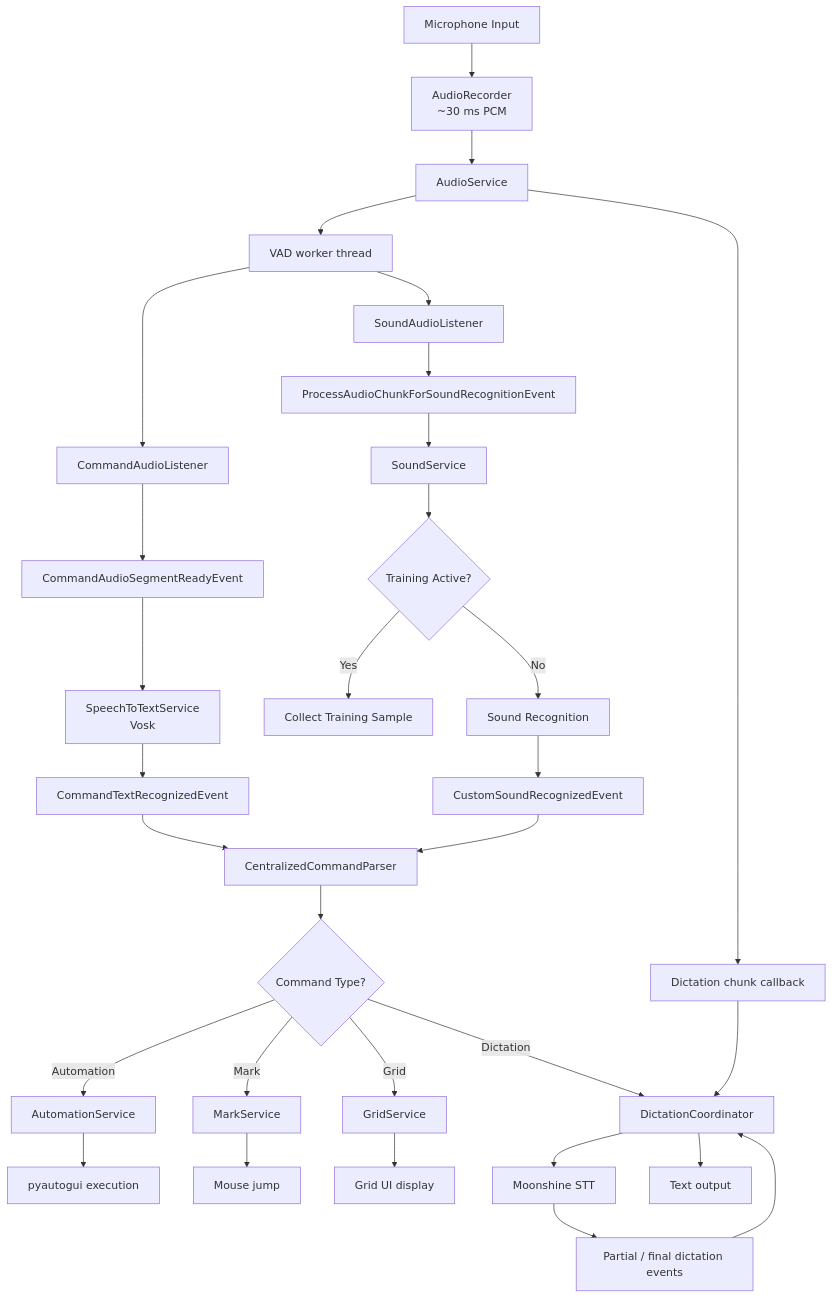
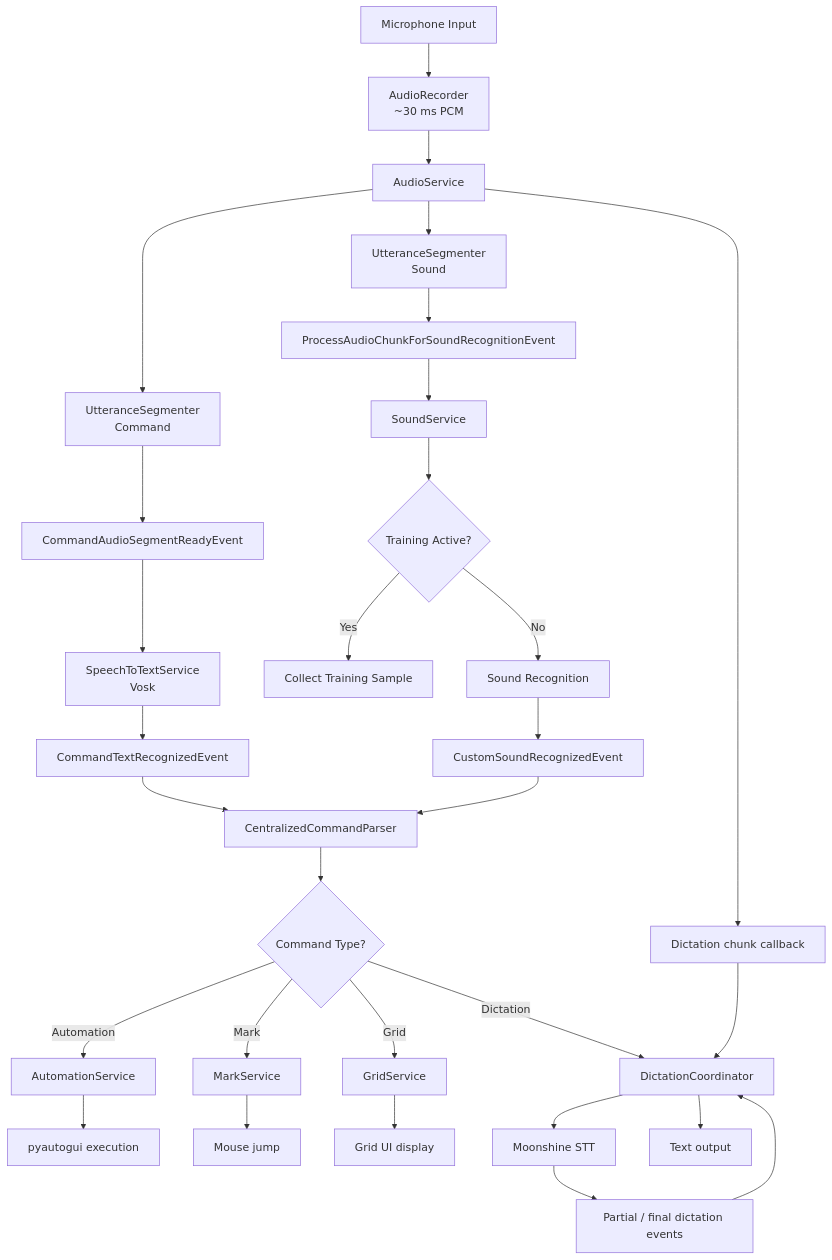
Before and after one commit to rick12000/vocalance: the first of 2 diagrams in docs/developer/introduction.rst, drawn with Mermaid. The commit also changed other lines of this file and 7 other files, not shown here.

```diff
--- a/docs/developer/introduction.rst
+++ b/docs/developer/introduction.rst
@@ -15,33 +15,32 @@
 .. mermaid::
 
    flowchart TD
        A[Microphone Input] --> B[AudioRecorder<br/>~30 ms PCM]
        B --> C[AudioService]
-       C --> D[VAD worker thread]
-       D --> E[CommandAudioListener]
-       D --> F[SoundAudioListener]
-       E --> G[CommandAudioSegmentReadyEvent]
+       C --> D[UtteranceSegmenter<br/>Command]
+       C --> F[UtteranceSegmenter<br/>Sound]
+       D --> G[CommandAudioSegmentReadyEvent]
        F --> H[ProcessAudioChunkForSoundRecognitionEvent]
        G --> J[SpeechToTextService<br/>Vosk]
        J --> N[CommandTextRecognizedEvent]
        H --> P[SoundService]
        P --> Q{Training Active?}
        Q -->|Yes| R[Collect Training Sample]
        Q -->|No| S[Sound Recognition]
        S --> T[CustomSoundRecognizedEvent]
        C --> K[Dictation chunk callback]
        K --> L[DictationCoordinator]
        L --> M[Moonshine STT]
        M --> O[Partial / final dictation events]
        N --> U[CentralizedCommandParser]
        O --> L
        T --> U
        U --> W{Command Type?}
        W -->|Automation| X[AutomationService]
        W -->|Mark| Y[MarkService]
        W -->|Grid| Z[GridService]
        W -->|Dictation| L
        X --> AA[pyautogui execution]
        Y --> AB[Mouse jump]
        Z --> AC[Grid UI display]
        L --> AD[Text output]
```
